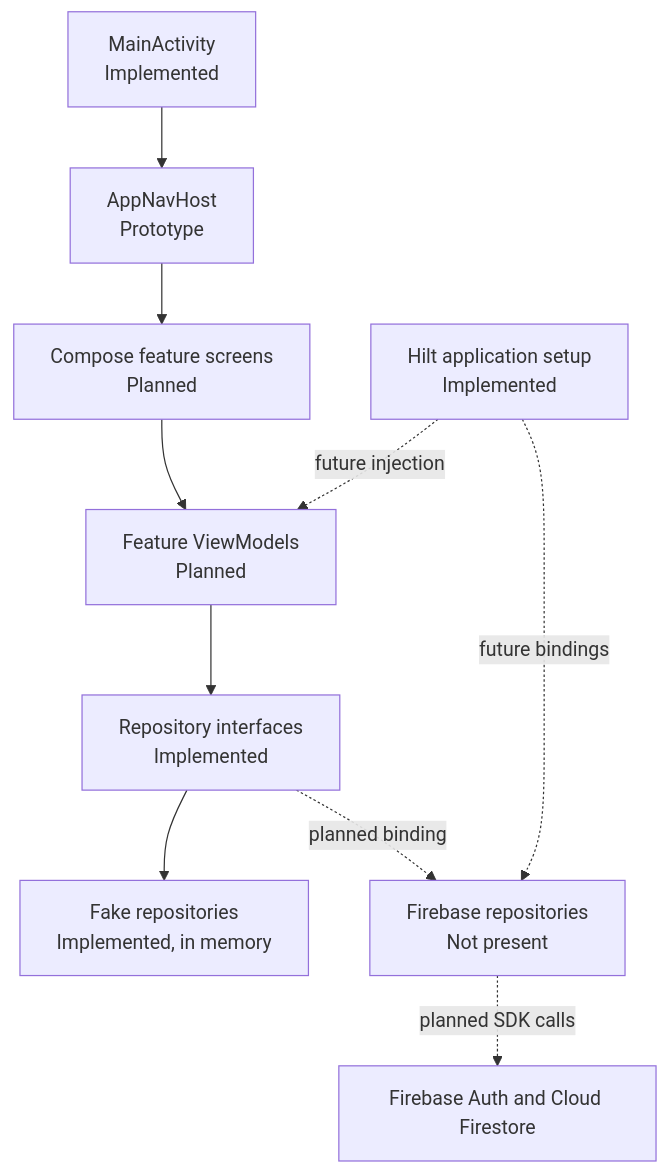
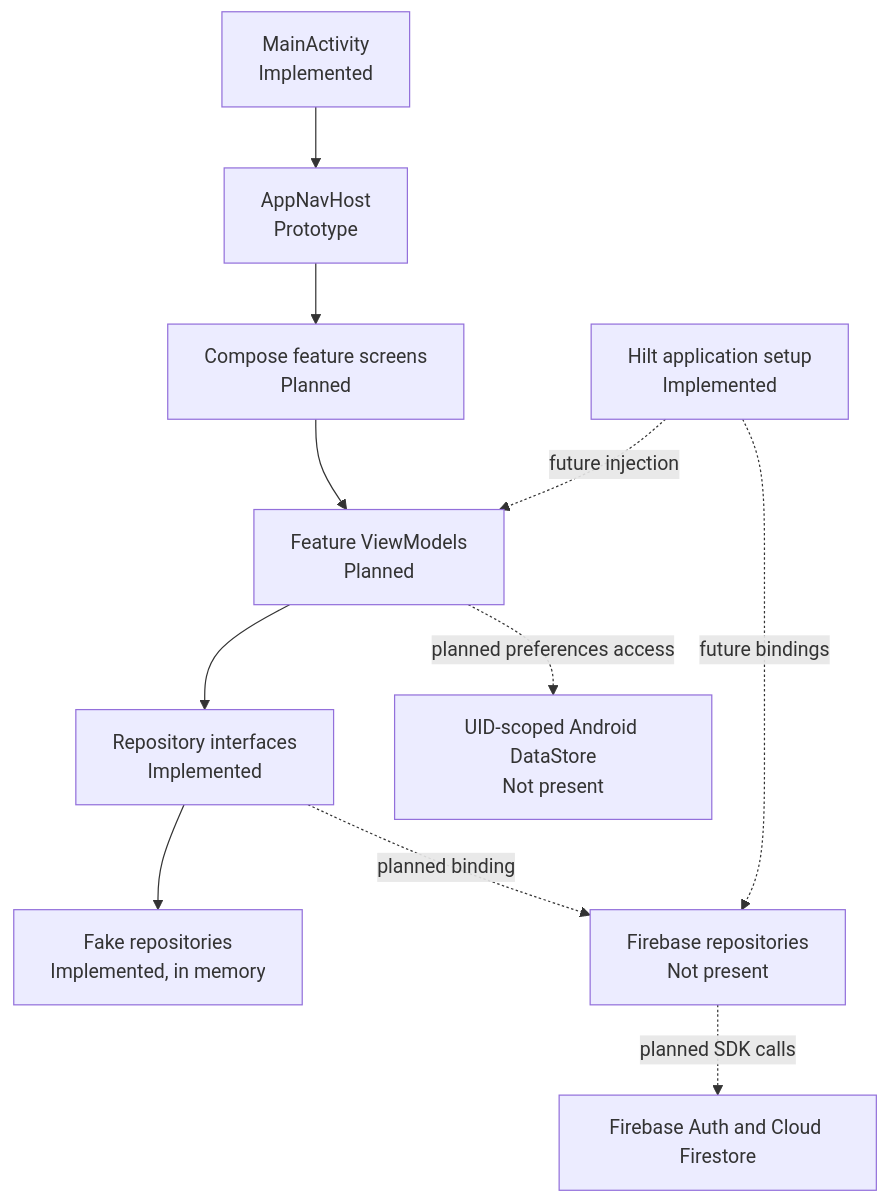
One commit to MalinduGurunada/kotlin-project changed the first of 4 diagrams in docs/architecture.md. Above: the diagram before and after it, drawn with Mermaid. The commit also changed other lines of this file and 2 other files, not shown here.

````diff
--- a/docs/architecture.md
+++ b/docs/architecture.md
@@ -21,12 +26,13 @@
 ```mermaid
 flowchart TD
     A[MainActivity<br/>Implemented] --> B[AppNavHost<br/>Prototype]
     B --> C[Compose feature screens<br/>Planned]
     C --> D[Feature ViewModels<br/>Planned]
     D --> E[Repository interfaces<br/>Implemented]
     E --> F[Fake repositories<br/>Implemented, in memory]
     E -. planned binding .-> G[Firebase repositories<br/>Not present]
     G -. planned SDK calls .-> H[Firebase Auth and Cloud Firestore]
+    D -. planned preferences access .-> P[UID-scoped Android DataStore<br/>Not present]
     I[Hilt application setup<br/>Implemented] -. future injection .-> D
     I -. future bindings .-> G
 ```
````
